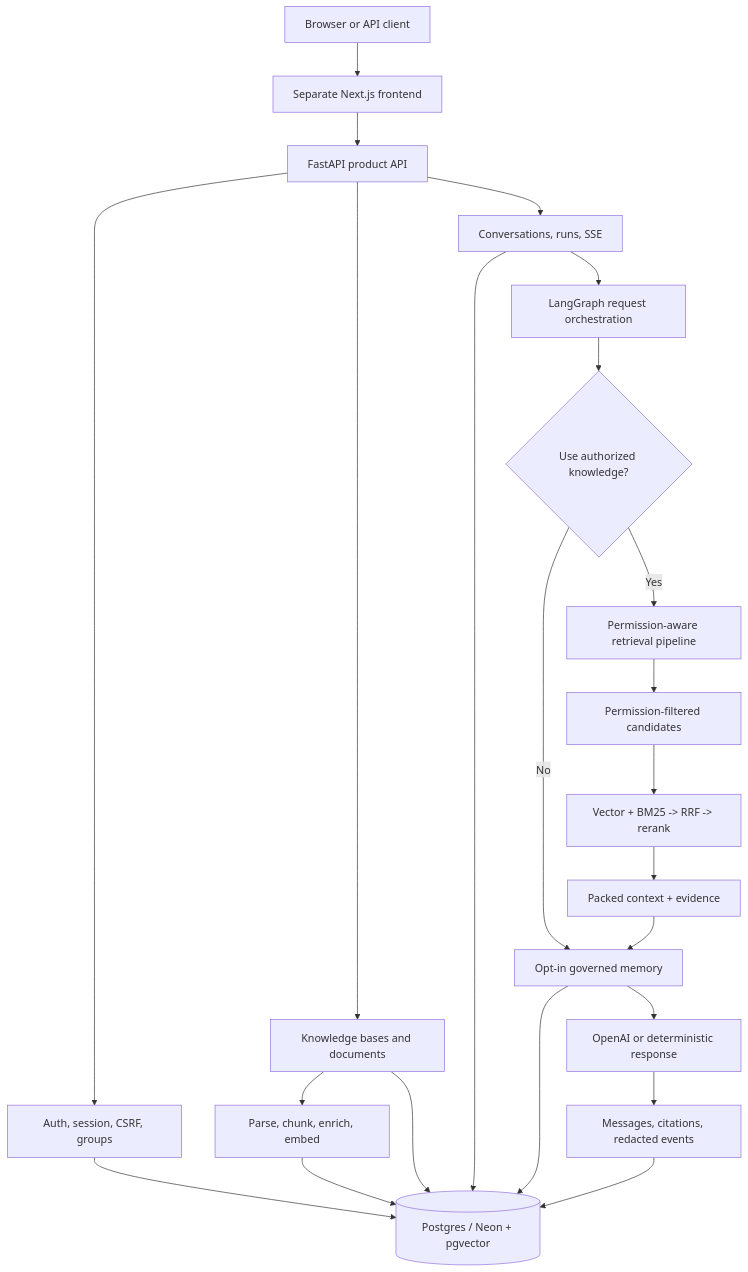
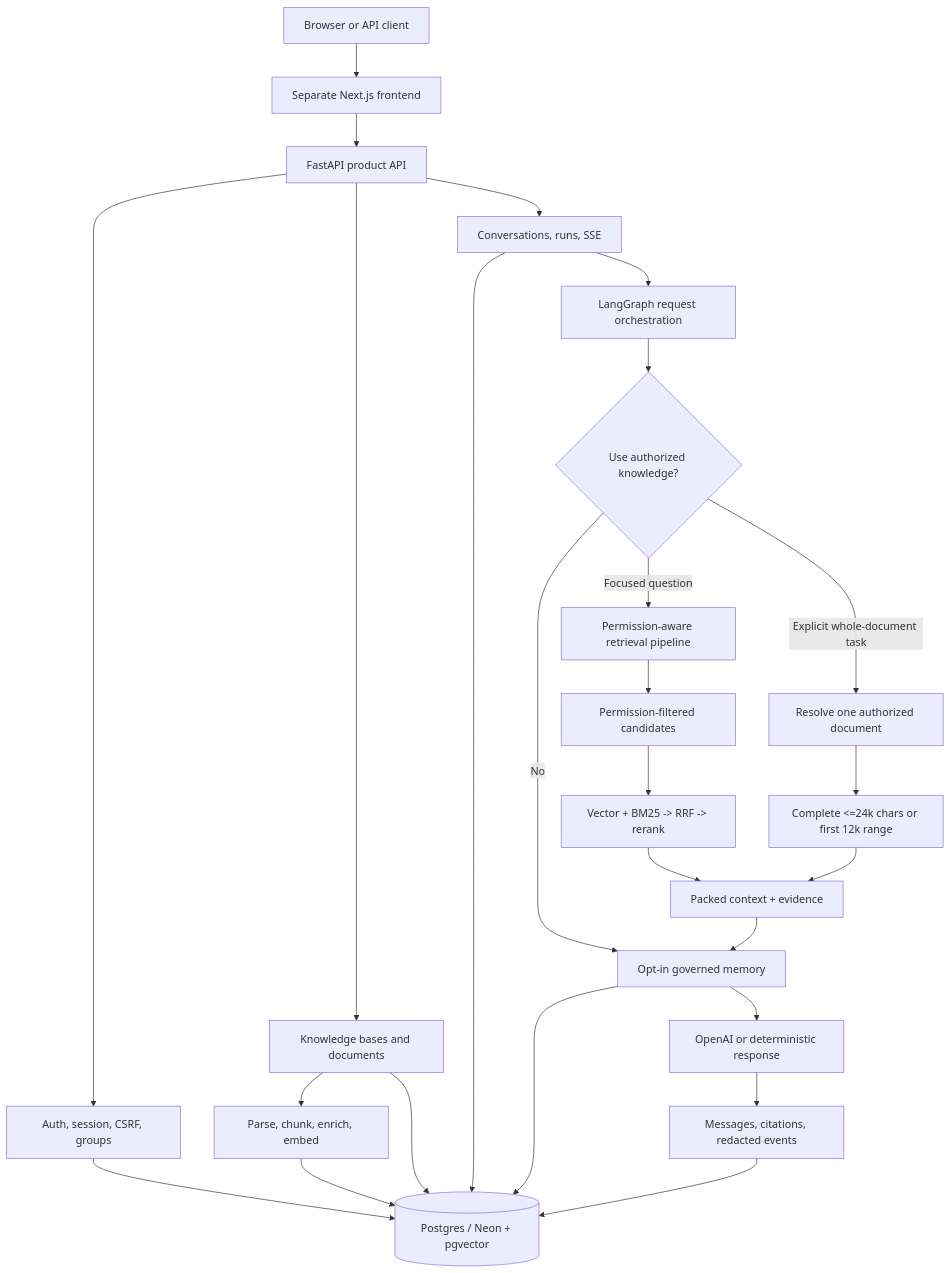
Before and after one commit to heecheon92/my-agents: the diagram in README.en.md, drawn with Mermaid. The commit also changed other lines of this file and 48 other files, not shown here.

Commit message:
Add bounded full-document retrieval

````diff
--- a/README.en.md
+++ b/README.en.md
@@ -45,29 +46,32 @@
 ```mermaid
 flowchart TD
     Client["Browser or API client"] --> Frontend["Separate Next.js frontend"]
     Frontend --> API["FastAPI product API"]
 
     API --> Auth["Auth, session, CSRF, groups"]
     API --> Knowledge["Knowledge bases and documents"]
     API --> Runs["Conversations, runs, SSE"]
 
     Knowledge --> Ingestion["Parse, chunk, enrich, embed"]
     Ingestion --> DB[("Postgres / Neon + pgvector")]
     Auth --> DB
     Knowledge --> DB
     Runs --> DB
 
     Runs --> Orchestration["LangGraph request orchestration"]
     Orchestration --> SourceGate{"Use authorized knowledge?"}
     SourceGate -->|No| Memory["Opt-in governed memory"]
-    SourceGate -->|Yes| Retrieval["Permission-aware retrieval pipeline"]
+    SourceGate -->|Focused question| Retrieval["Permission-aware retrieval pipeline"]
+    SourceGate -->|Explicit whole-document task| FullResolve["Resolve one authorized document"]
     Retrieval --> Permission["Permission-filtered candidates"]
     Permission --> Hybrid["Vector + BM25 -> RRF -> rerank"]
     Hybrid --> Context["Packed context + evidence"]
+    FullResolve --> FullRead["Complete <=24k chars or first 12k range"]
+    FullRead --> Context
     Context --> Memory
 
     Memory --> DB
     Memory --> Provider["OpenAI or deterministic response"]
     Provider --> Audit["Messages, citations, redacted events"]
     Audit --> DB
 ```
````
